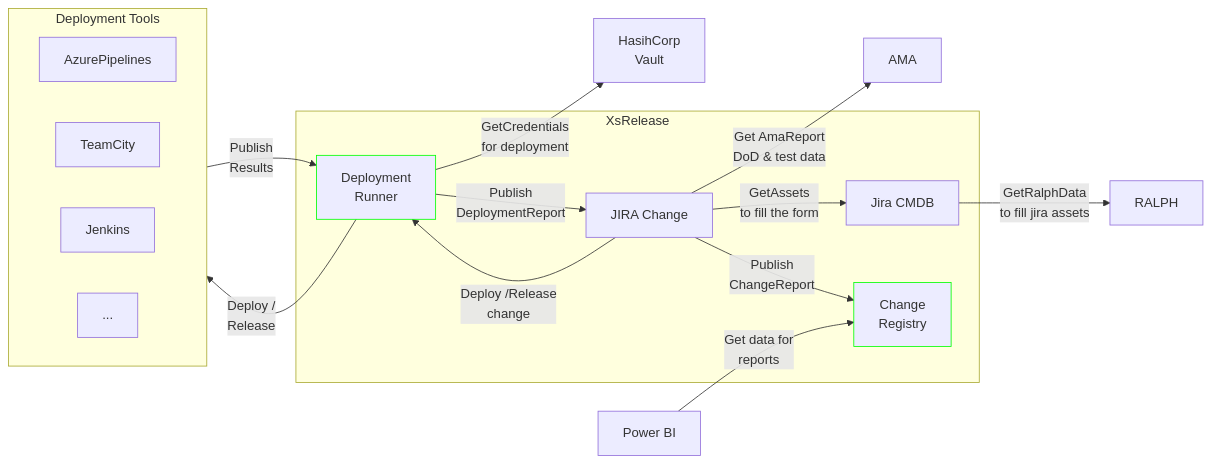
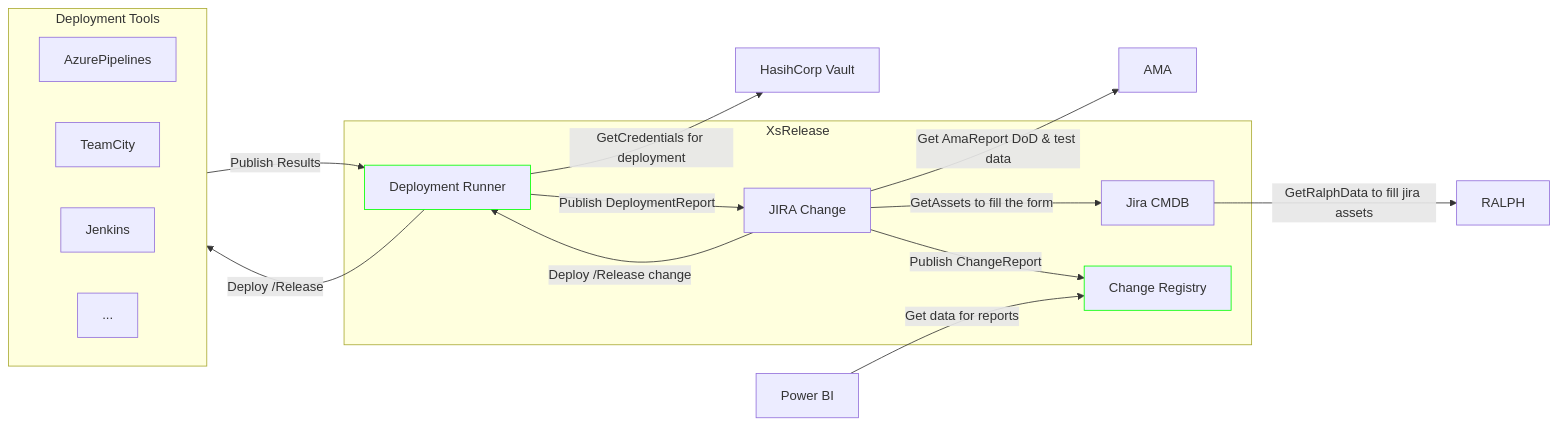
The diagram in README.md (srmibextesting/mibex-testing-repo), drawn with Mermaid before and after one commit.

````diff
--- a/README.md
+++ b/README.md
@@ -4,45 +4,46 @@
 ```mermaid
 
 flowchart LR
 
 %% participants
 %% na tę chwilę AMA nie daje nam tego czego chcemy więc nie uwzględniamy jej w MVP
 subgraph xsrelease[XsRelease]
     jira[JIRA Change]
     cmdb[Jira CMDB]
-    DeplRunner["Deployment\nRunner"]:::api
-    ChangeRegistry["Change\nRegistry"]:::api
+    DeplRunner["Deployment Runner"]:::api
+    ChangeRegistry["Change Registry"]:::api
 end
 ama[AMA]
 ralph[RALPH]
-vault["HasihCorp\nVault"]
+vault["HasihCorp Vault"]
 powerbi[Power BI]
 subgraph deptools[Deployment Tools]
     direction RL
     AzurePipelines
     TeamCity
     Jenkins
     ...
 end
 
 %% interactions
 %% TODO: wyjaśnić jak odbywa się komunikacja ama <-> jira i póki co amy nie zmieniamy. nie robimy endpointa dla amy w change registry na tę chwilę
-jira -->|"Get AmaReport\nDoD & test data"| ama 
-jira -->|"GetAssets\nto fill the form"| cmdb
-cmdb -->|"GetRalphData\nto fill jira assets"| ralph
-jira -->|"Deploy /Release\nchange"| DeplRunner
-DeplRunner -->|"GetCredentials\nfor deployment"| vault
-DeplRunner -->|"Deploy /\nRelease"| deptools
-deptools -->|"Publish\nResults"| DeplRunner
-DeplRunner -->|"Publish\nDeploymentReport"| jira
+jira -->|"Get AmaReport DoD & test data"| ama 
+jira -->|"GetAssets to fill the form"| cmdb
+cmdb -->|"GetRalphData to fill jira assets"| ralph
+jira -->|"Deploy /Release change"| DeplRunner
+DeplRunner -->|"GetCredentials for deployment"| vault
+DeplRunner -->|"Deploy /Release"| deptools
+deptools -->|"Publish Results"| DeplRunner
+DeplRunner -->|"Publish DeploymentReport"| jira
 %% publish report for both new chage process or external (custom change processes)
-jira -->|"Publish\nChangeReport"| ChangeRegistry
-powerbi -->|"Get data for\nreports"| ChangeRegistry
+jira -->|"Publish ChangeReport"| ChangeRegistry
+powerbi -->|"Get data for reports"| ChangeRegistry
 %%ama -->|Collect data| ci[CI Tools]
 %%ama -->|Collect data| QG[Quality Gate]
 %% dsiaptcher w dep tools czy screlease?
 
 %% styling
  classDef api stroke:#0f0
 
+
 ```
````
